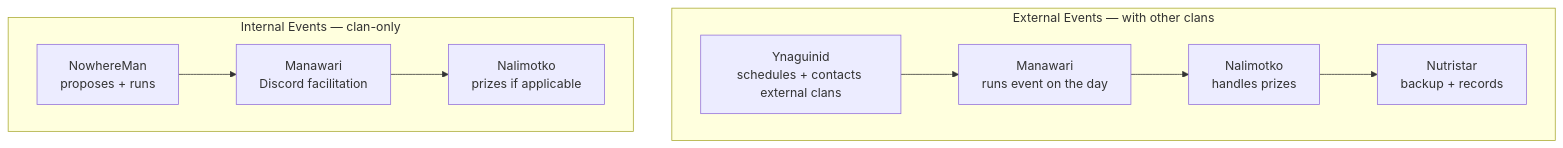
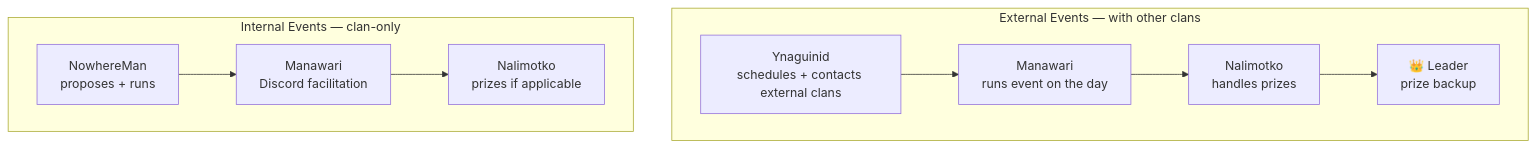
The third of 3 diagrams in OFFICERS.md (OMGTR-max/zeus-bot), drawn with Mermaid before and after one commit. The commit also changed other lines of this file and 1 other file, not shown here.

First line of the commit message:
Replace Nutristar with AkosiMK; reassign duties to Leader

````diff
--- a/OFFICERS.md
+++ b/OFFICERS.md
@@ -141,17 +144,17 @@
 ```mermaid
 flowchart TD
     subgraph EXT[External Events — with other clans]
         E1[Ynaguinid<br/>schedules + contacts external clans]
         E2[Manawari<br/>runs event on the day]
         E3[Nalimotko<br/>handles prizes]
-        E4[Nutristar<br/>backup + records]
+        E4[👑 Leader<br/>prize backup]
         E1 --> E2 --> E3 --> E4
     end
 
     subgraph INT[Internal Events — clan-only]
         I1[NowhereMan<br/>proposes + runs]
         I2[Manawari<br/>Discord facilitation]
         I3[Nalimotko<br/>prizes if applicable]
         I1 --> I2 --> I3
     end
 ```
````
